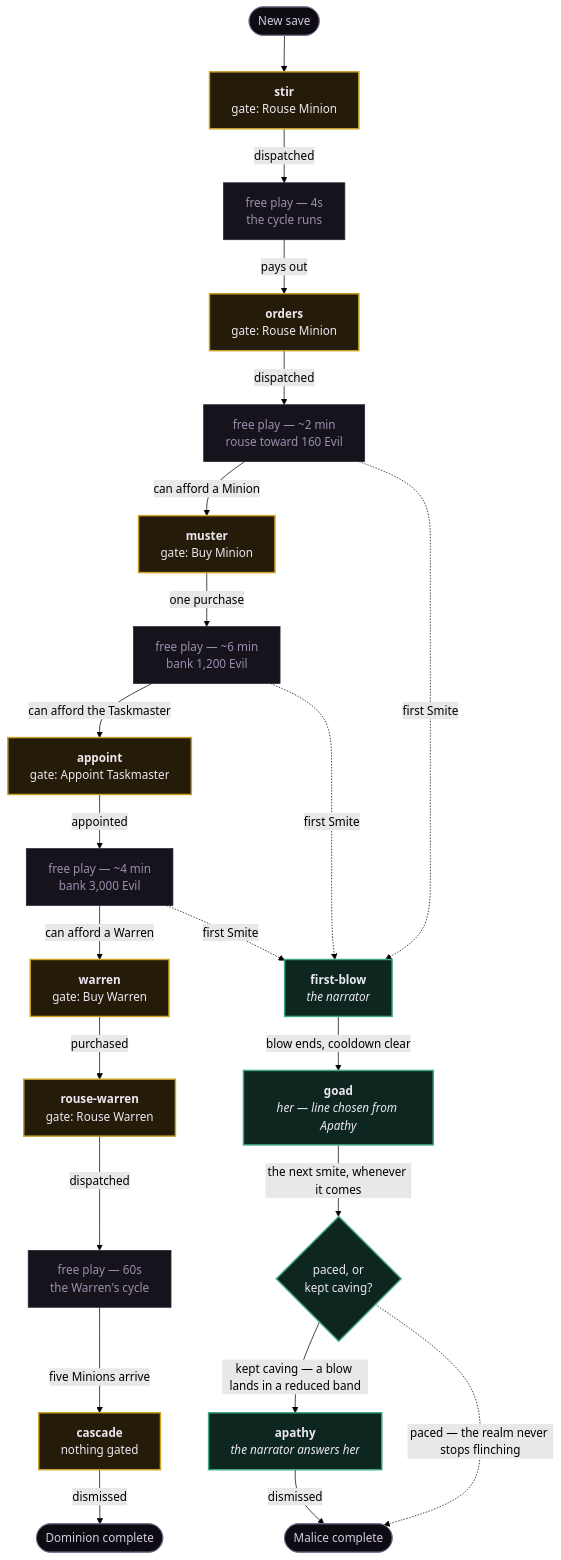
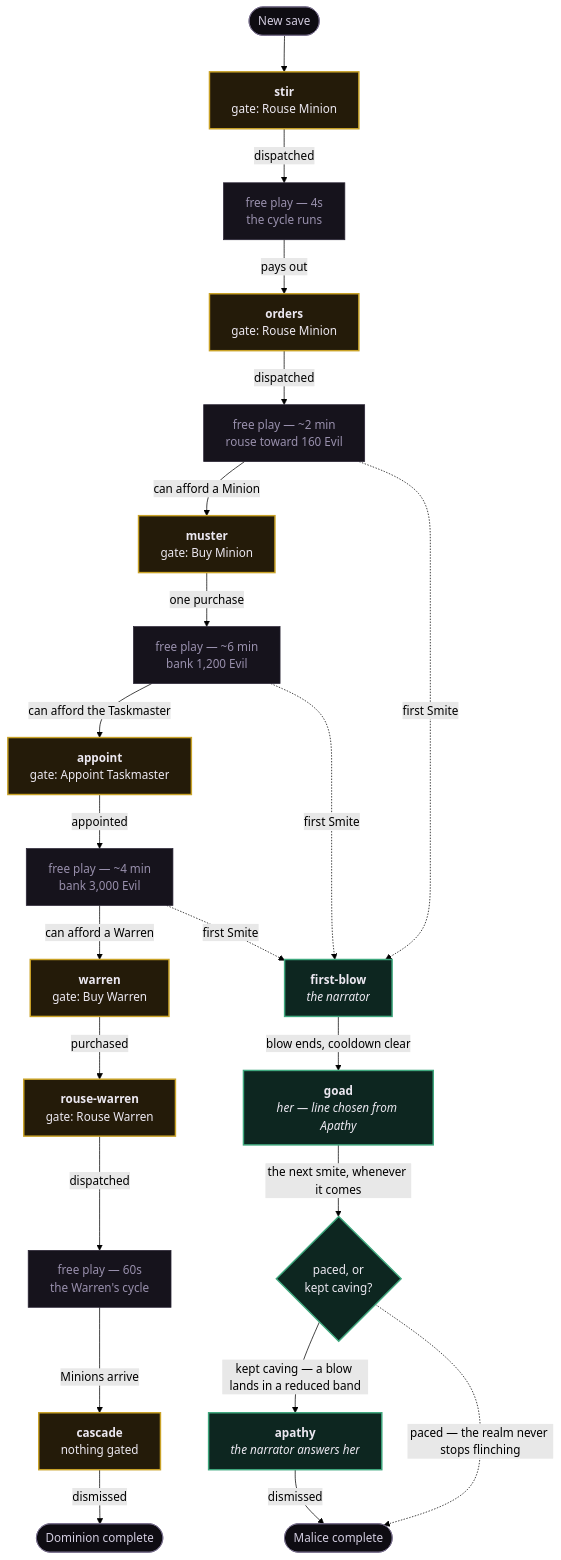
Before and after one commit to mgballou/dread-majesty: the diagram in docs/superpowers/specs/2026-08-13-onboarding-design.md, drawn with Mermaid (forest theme). The commit also changed other lines of this file and 7 other files, not shown here.

````diff
--- a/docs/superpowers/specs/2026-08-13-onboarding-design.md
+++ b/docs/superpowers/specs/2026-08-13-onboarding-design.md
@@ -82,50 +82,50 @@
 ```mermaid
 flowchart TD
     newSave([New save]) --> stir
 
     stir["<b>stir</b><br/>gate: Rouse Minion"]
     orders["<b>orders</b><br/>gate: Rouse Minion"]
     muster["<b>muster</b><br/>gate: Buy Minion"]
     appoint["<b>appoint</b><br/>gate: Appoint Taskmaster"]
     warren["<b>warren</b><br/>gate: Buy Warren"]
     rouseWarren["<b>rouse-warren</b><br/>gate: Rouse Warren"]
     cascade["<b>cascade</b><br/>nothing gated"]
 
     gap1["free play — 4s<br/>the cycle runs"]
     gap2["free play — ~2 min<br/>rouse toward 160 Evil"]
     gap3["free play — ~6 min<br/>bank 1,200 Evil"]
     gap4["free play — ~4 min<br/>bank 3,000 Evil"]
     gap5["free play — 60s<br/>the Warren's cycle"]
 
     stir -->|dispatched| gap1 -->|pays out| orders
     orders -->|dispatched| gap2 -->|can afford a Minion| muster
     muster -->|one purchase| gap3 -->|can afford the Taskmaster| appoint
     appoint -->|appointed| gap4 -->|can afford a Warren| warren
     warren -->|purchased| rouseWarren
-    rouseWarren -->|dispatched| gap5 -->|five Minions arrive| cascade
+    rouseWarren -->|dispatched| gap5 -->|Minions arrive| cascade
     cascade -->|dismissed| done([Dominion complete])
 
     firstBlow["<b>first-blow</b><br/><i>the narrator</i>"]
     goad["<b>goad</b><br/><i>her — line chosen from Apathy</i>"]
     apathyBeat["<b>apathy</b><br/><i>the narrator answers her</i>"]
 
     gap2 -.->|first Smite| firstBlow
     gap3 -.->|first Smite| firstBlow
     gap4 -.->|first Smite| firstBlow
 
     firstBlow -->|blow ends, cooldown clear| goad
     goad -->|the next smite, whenever it comes| paced{"paced, or<br/>kept caving?"}
     paced -->|"kept caving — a blow lands in a reduced band"| apathyBeat
     paced -.->|"paced — the realm never stops flinching"| retired([Malice complete])
     apathyBeat -->|dismissed| retired
 
     classDef dom fill:#241b09,stroke:#c9a227,stroke-width:2px,color:#ece8f1
     classDef mal fill:#0d2620,stroke:#3fa87e,stroke-width:2px,color:#ece8f1
     classDef gap fill:#16131c,stroke:#2b2536,color:#9990ad
     classDef edge fill:#0e0c12,stroke:#756c8b,color:#d2ccdf
 
     class stir,orders,muster,appoint,warren,rouseWarren,cascade dom
     class firstBlow,goad,apathyBeat,paced mal
     class gap1,gap2,gap3,gap4,gap5 gap
     class newSave,done,retired edge
 ```
````
